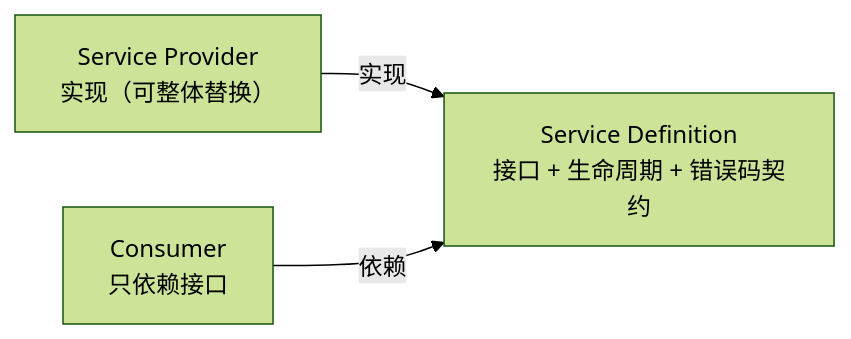
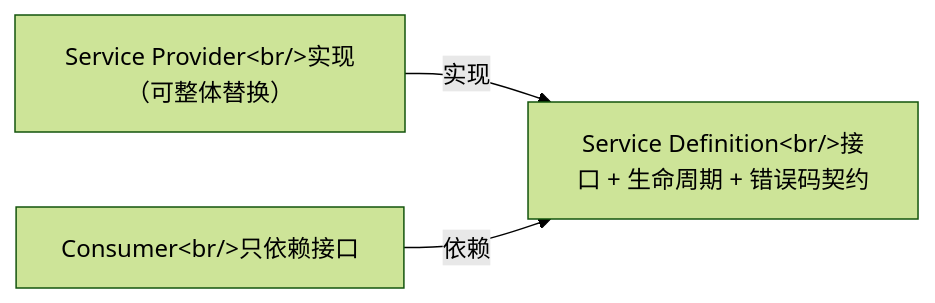
Before and after one commit to ZZKeepCurious/mini-deepseek-harness-python: the diagram in docs/chapters/06-advanced-seams.md, drawn with Mermaid (forest theme). The commit also changed other lines of this file and 8 other files, not shown here.

````diff
--- a/docs/chapters/06-advanced-seams.md
+++ b/docs/chapters/06-advanced-seams.md
@@ -20,8 +20,8 @@
 ```mermaid
 flowchart LR
-  D["Service Definition<br/>接口 + 生命周期 + 错误码契约"]
-  P["Service Provider<br/>实现（可整体替换）"]
-  C["Consumer<br/>只依赖接口"]
+  D["Service Definition&lt;br/&gt;接口 + 生命周期 + 错误码契约"]
+  P["Service Provider&lt;br/&gt;实现（可整体替换）"]
+  C["Consumer&lt;br/&gt;只依赖接口"]
   P -->|"实现"| D
   C -->|"依赖"| D
 ```
````
